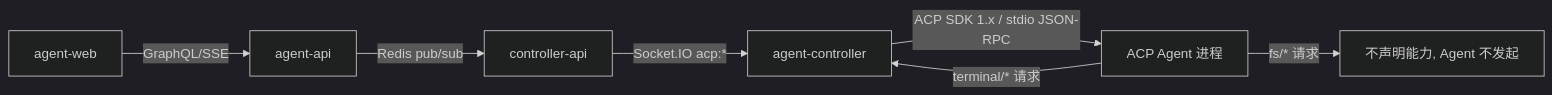
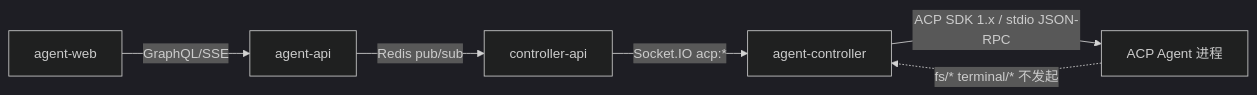
Before and after one commit to Deliay/z-agent-gear: the first of 3 diagrams in docs/engineering/proposals/20260803-feat-acp-v1-completion.md, drawn with Mermaid (dark theme). The commit also changed other lines of this file and 1 other file, not shown here.

````diff
--- a/docs/engineering/proposals/20260803-feat-acp-v1-completion.md
+++ b/docs/engineering/proposals/20260803-feat-acp-v1-completion.md
@@ -85,9 +93,8 @@
 ```mermaid
 graph LR
     W[agent-web] -->|GraphQL/SSE| A[agent-api]
     A -->|Redis pub/sub| C[controller-api]
     C -->|Socket.IO acp:*| CTL[agent-controller]
     CTL -->|ACP SDK 1.x / stdio JSON-RPC| AG[ACP Agent 进程]
-    AG -->|terminal/* 请求| CTL
-    AG -->|fs/* 请求| X[不声明能力, Agent 不发起]
+    AG -.->|fs/* terminal/* 不发起| CTL
 ```
````
